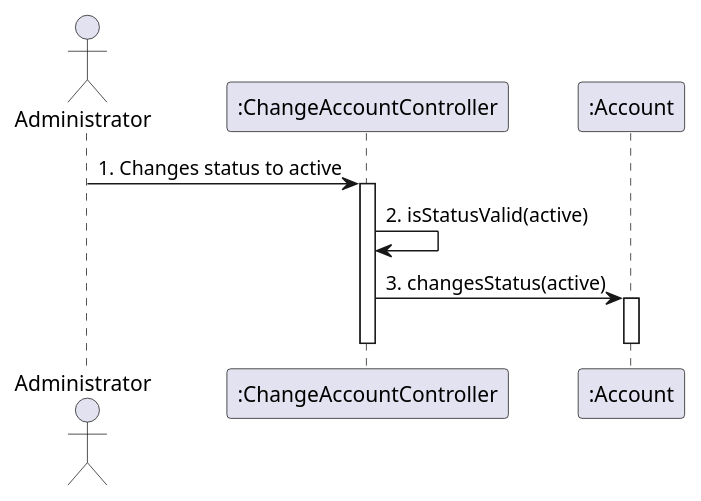
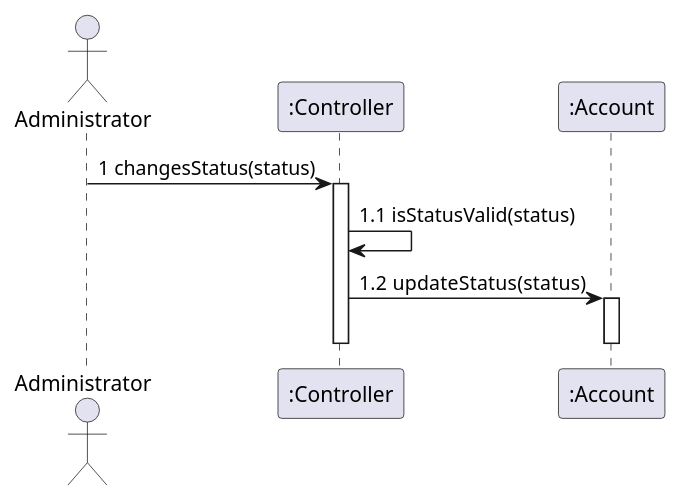
The diagram in docs/modelling_design/user_stories/us006/US006_Sequence_Diagram.puml (Loracline/project_switch_22-23), drawn with PlantUML before and after one commit. The commit also changed 1 other file, not shown here.

Commit message:
US 006: Design: update sequence Diagram (activate a user account) / update SSD

```diff
--- a/docs/modelling_design/user_stories/us006/US006_Sequence_Diagram.puml
+++ b/docs/modelling_design/user_stories/us006/US006_Sequence_Diagram.puml
@@ -1,18 +1,18 @@
 @startuml
 'https://plantuml.com/sequence-diagram
 
 
 actor "Administrator"
-participant ":ChangeAccountController" as rgc
+participant ":Controller" as rgc
 participant ":Account" as Account
 
 
-Administrator -> rgc: 1. Changes status to active
+Administrator -> rgc: 1 changesStatus(status)
 activate rgc
-rgc -> rgc: 2. isStatusValid(active)
-rgc -> Account: 3. changesStatus(active)
+rgc -> rgc: 1.1 isStatusValid(status)
+rgc -> Account: 1.2  updateStatus(status)
 activate Account
 deactivate Account
 deactivate rgc
 
 @enduml
```
